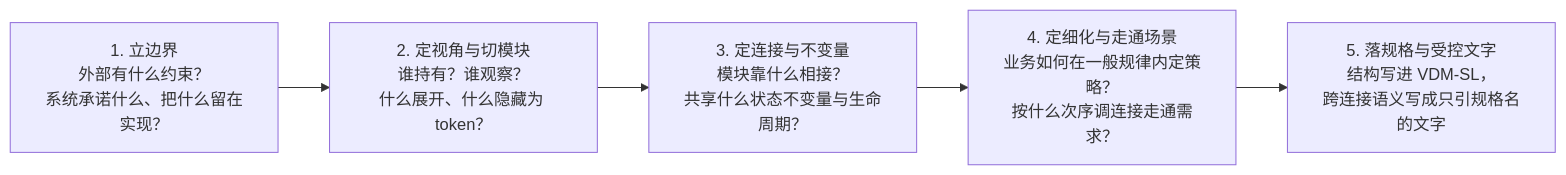
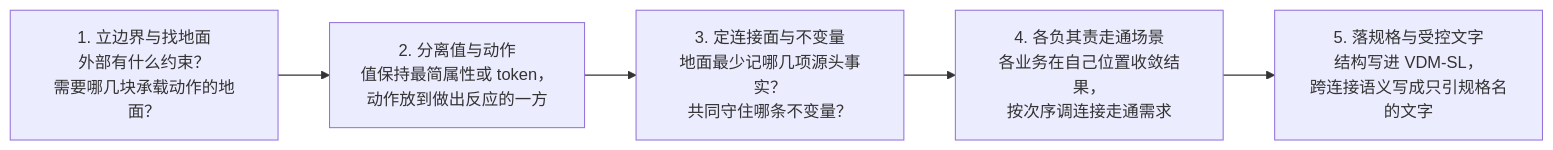
One commit to mouriya-s-lab/SSoT changed the diagram in skills/ssot/SKILL.md. Above: the diagram before and after it, drawn with Mermaid. The commit also changed other lines of this file and 5 other files, not shown here.

````diff
--- a/skills/ssot/SKILL.md
+++ b/skills/ssot/SKILL.md
@@ -21,7 +58,7 @@
 ```mermaid
 flowchart LR
-    S1["1. 立边界<br/>外部有什么约束？<br/>系统承诺什么、把什么留在实现？"] --> S2["2. 定视角与切模块<br/>谁持有？谁观察？<br/>什么展开、什么隐藏为 token？"]
-    S2 --> S3["3. 定连接与不变量<br/>模块靠什么相接？<br/>共享什么状态不变量与生命周期？"]
-    S3 --> S4["4. 定细化与走通场景<br/>业务如何在一般规律内定策略？<br/>按什么次序调连接走通需求？"]
+    S1["1. 立边界与找地面<br/>外部有什么约束？<br/>需要哪几块承载动作的地面？"] --> S2["2. 分离值与动作<br/>值保持最简属性或 token，<br/>动作放到做出反应的一方"]
+    S2 --> S3["3. 定连接面与不变量<br/>地面最少记哪几项源头事实？<br/>共同守住哪条不变量？"]
+    S3 --> S4["4. 各负其责走通场景<br/>各业务在自己位置收敛结果，<br/>按次序调连接走通需求"]
     S4 --> S5["5. 落规格与受控文字<br/>结构写进 VDM-SL，<br/>跨连接语义写成只引规格名的文字"]
 ```
````
